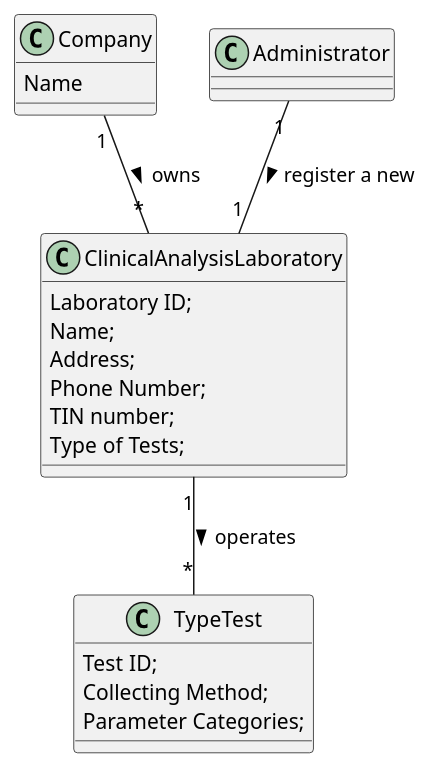
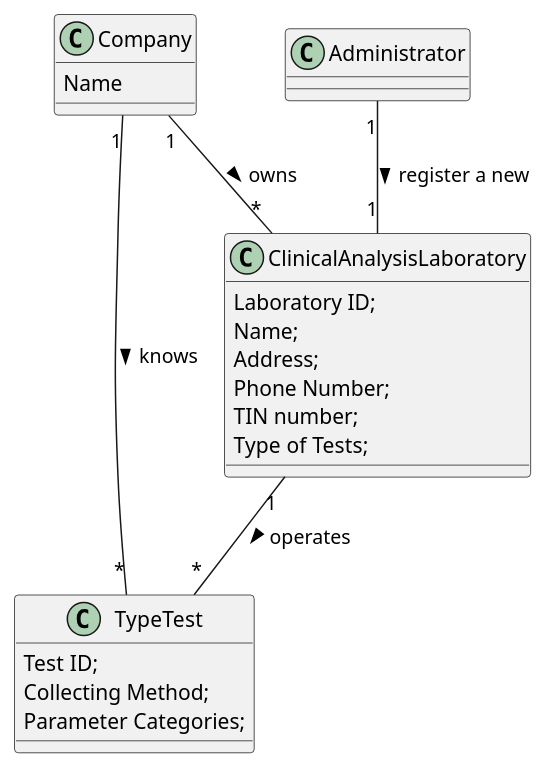
One commit to MarianaCLages/LAPR2 changed the diagram in docs/SprintB/US08/US8_MD.puml. Above: the diagram before and after it, drawn with PlantUML. The commit also changed 11 other files, not shown here.

```diff
--- a/docs/SprintB/US08/US8_MD.puml
+++ b/docs/SprintB/US08/US8_MD.puml
@@ -1,28 +1,29 @@
 @startuml
 class Company{
 Name
 }
 
 class ClinicalAnalysisLaboratory{
 Laboratory ID;
 Name;
 Address;
 Phone Number;
 TIN number;
 Type of Tests;
 }
 
 class Administrator{
 }
 
 class TypeTest{
 Test ID;
 Collecting Method;
 Parameter Categories;
 }
 
 Administrator "1" -- "1" ClinicalAnalysisLaboratory : register a new >
 Company "1" -- "*" ClinicalAnalysisLaboratory: owns >
 ClinicalAnalysisLaboratory "1" -- "*" TypeTest : operates >
+Company "1" -- "*" TypeTest: knows >
 
 @enduml
```
